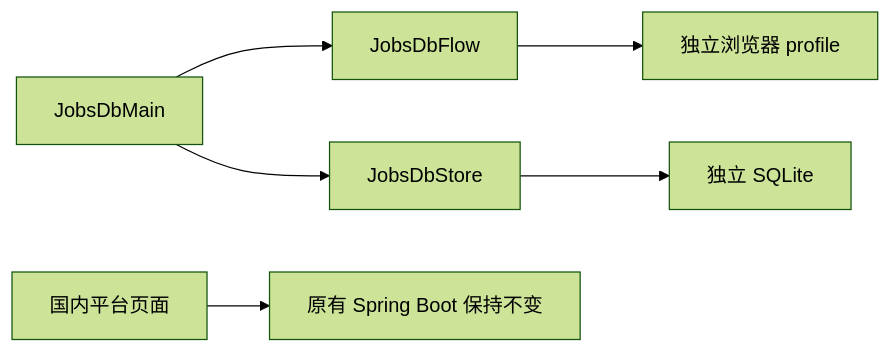
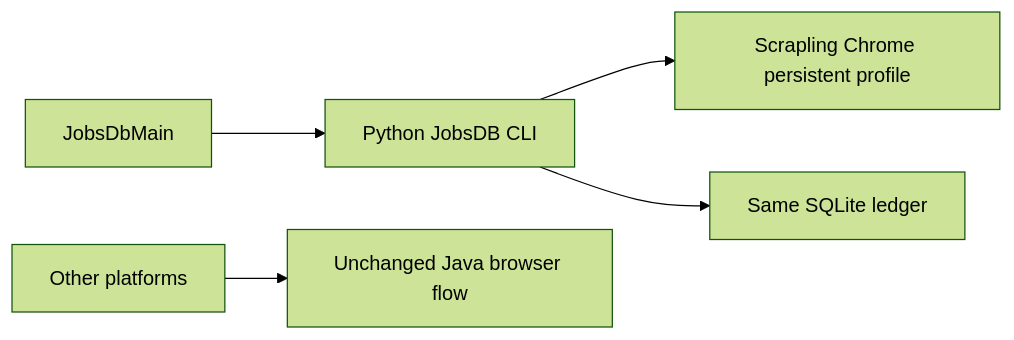
One commit to liu-qingyuan/get_jobs changed the second of 8 diagrams in docs/jobsdb-design.md. Above: the diagram before and after it, drawn with Mermaid (forest theme). The commit also changed other lines of this file and 13 other files, not shown here.

Commit message:
feat(jobsdb): integrate isolated Scrapling runtime behind Java CLI

````diff
--- a/docs/jobsdb-design.md
+++ b/docs/jobsdb-design.md
@@ -10,8 +12,7 @@
 ```mermaid
 flowchart LR
-  CLI[JobsDbMain] --> Flow[JobsDbFlow]
-  CLI --> Store[JobsDbStore]
-  Flow --> Browser[独立浏览器 profile]
-  Store --> DB[独立 SQLite]
-  UI[国内平台页面] --> Spring[原有 Spring Boot 保持不变]
+  Main[JobsDbMain] --> Worker[Python JobsDB CLI]
+  Worker --> Browser[Scrapling Chrome persistent profile]
+  Worker --> Store[Same SQLite ledger]
+  Boss[Other platforms] --> Existing[Unchanged Java browser flow]
 ```
````
